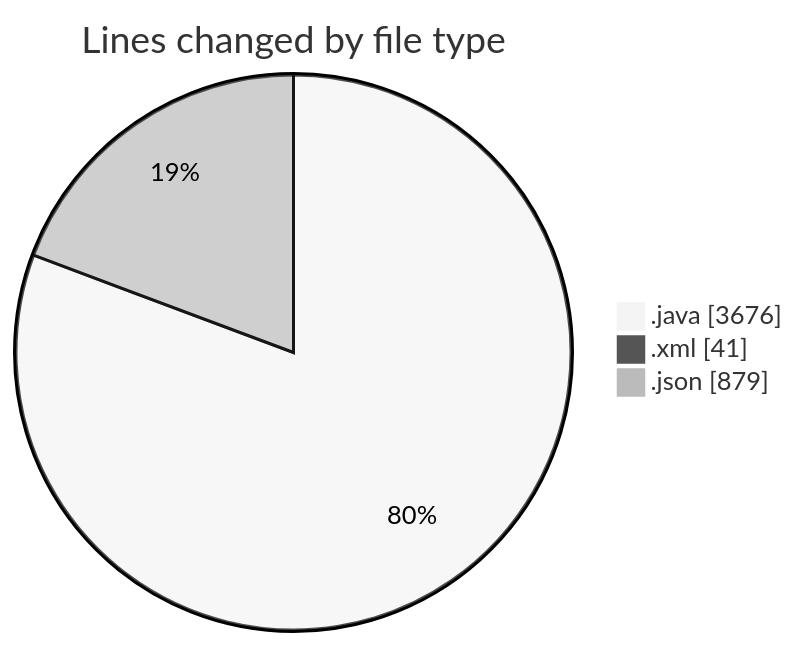
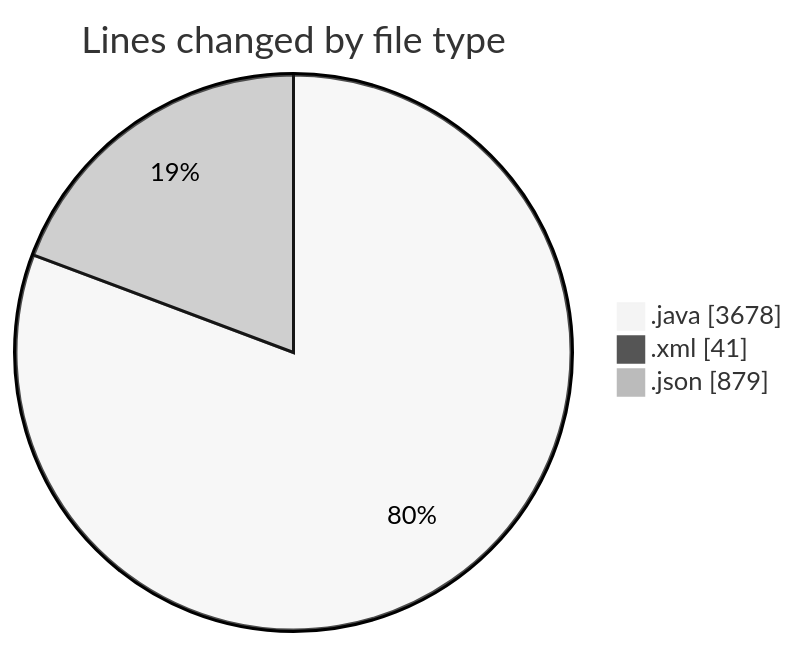
Before and after one commit to ricardozamudiocil/code-tracking: the first of 2 diagrams in 2026-03-10/cilapp/README.md, drawn with Mermaid (neutral theme). The commit also changed other lines of this file and 1 other file, not shown here.

````diff
--- a/2026-03-10/cilapp/README.md
+++ b/2026-03-10/cilapp/README.md
@@ -23,7 +23,7 @@
 ```mermaid
 pie showData
 title Lines changed by file type
-".java" : 3676
+".java" : 3678
 ".xml" : 41
 ".json" : 879
 ```
````
